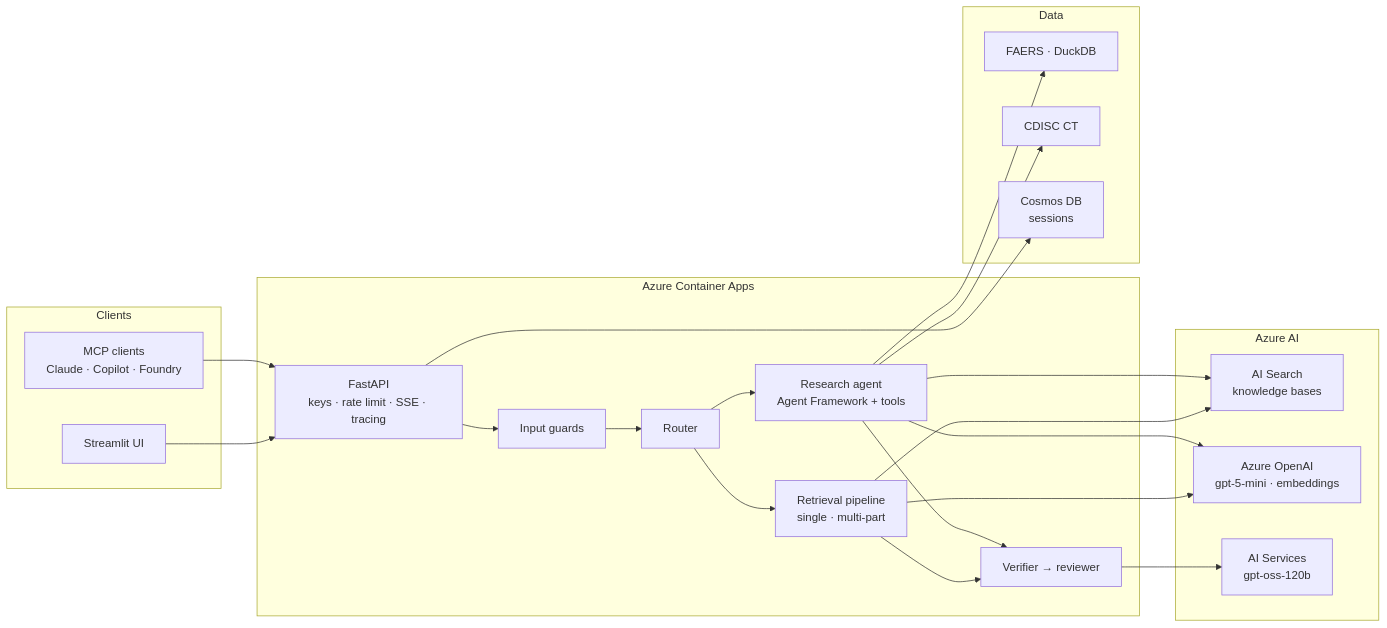
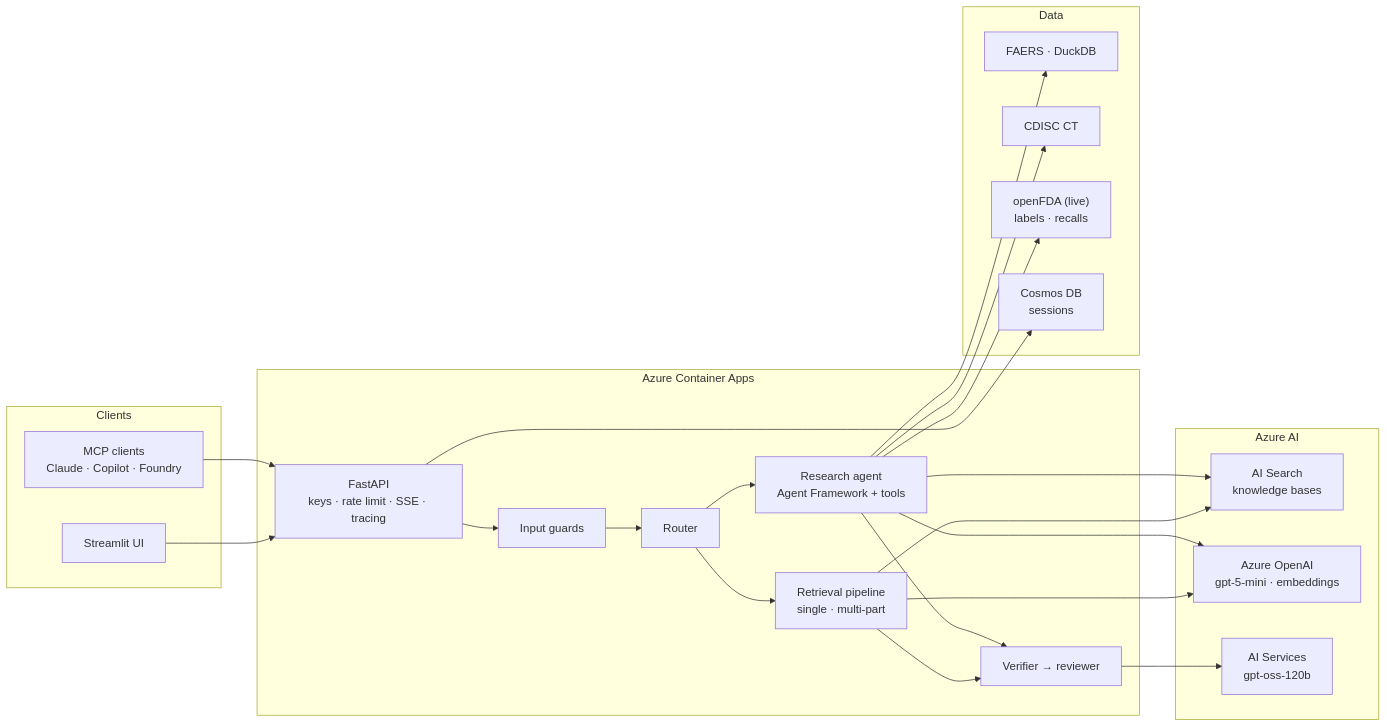
Before and after one commit to munyaradzi-zhou/RegIntel: the diagram in README.md, drawn with Mermaid. The commit also changed other lines of this file and 17 other files, not shown here.

Commit message:
feat: live openFDA label and recall tools (#4)

````diff
--- a/README.md
+++ b/README.md
@@ -30,39 +30,41 @@
 ```mermaid
 graph LR
     subgraph Clients
         UI["Streamlit UI"]
         MCP["MCP clients<br/>Claude · Copilot · Foundry"]
     end
     subgraph "Azure Container Apps"
         API["FastAPI<br/>keys · rate limit · SSE · tracing"]
         GUARD["Input guards"]
         ROUTER["Router"]
         PIPE["Retrieval pipeline<br/>single · multi-part"]
         AGENT["Research agent<br/>Agent Framework + tools"]
         VERIFY["Verifier → reviewer"]
     end
     subgraph "Azure AI"
         KB["AI Search<br/>knowledge bases"]
         OAI["Azure OpenAI<br/>gpt-5-mini · embeddings"]
         OSS["AI Services<br/>gpt-oss-120b"]
     end
     subgraph Data
         DUCK["FAERS · DuckDB"]
         CT["CDISC CT"]
+        FDA["openFDA (live)<br/>labels · recalls"]
         COSMOS["Cosmos DB<br/>sessions"]
     end
     UI --> API
     MCP --> API
     API --> GUARD --> ROUTER
     ROUTER --> PIPE --> KB
     ROUTER --> AGENT
     AGENT --> KB
     AGENT --> DUCK
     AGENT --> CT
+    AGENT --> FDA
     PIPE --> VERIFY
     AGENT --> VERIFY
     VERIFY --> OSS
     PIPE --> OAI
     AGENT --> OAI
     API --> COSMOS
 ```
````
